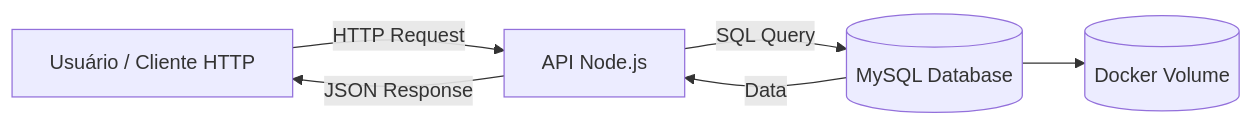
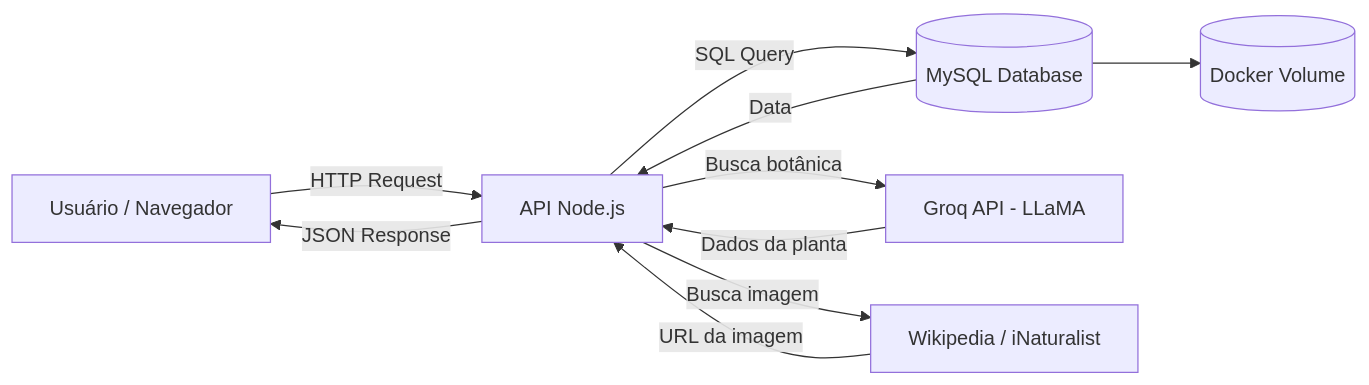
One commit to Joao-Eduardo-Hiku/Projeto-Desenvolvimento-Web changed the first of 5 diagrams in README.md. Above: the diagram before and after it, drawn with Mermaid. The commit also changed other lines of this file, not shown here.

````diff
--- a/README.md
+++ b/README.md
@@ -23,13 +22,19 @@
-```mermaid id="arch01"
+```mermaid
 flowchart LR
-    User[Usuário / Cliente HTTP]
+    User[Usuário / Navegador]
     API[API Node.js]
     DB[(MySQL Database)]
     Volume[(Docker Volume)]
+    AI[Groq API - LLaMA]
+    IMG[Wikipedia / iNaturalist]
 
     User -->|HTTP Request| API
     API -->|SQL Query| DB
     DB -->|Data| API
     API -->|JSON Response| User
+    API -->|Busca botânica| AI
+    AI -->|Dados da planta| API
+    API -->|Busca imagem| IMG
+    IMG -->|URL da imagem| API
     DB --> Volume
 ```
````
